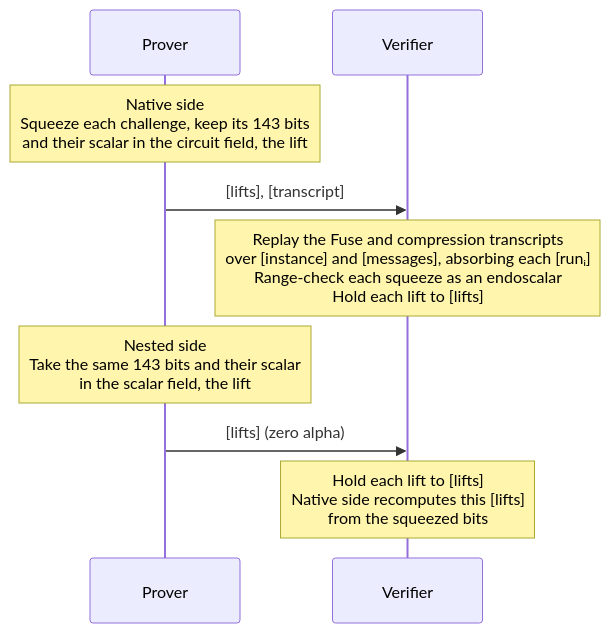
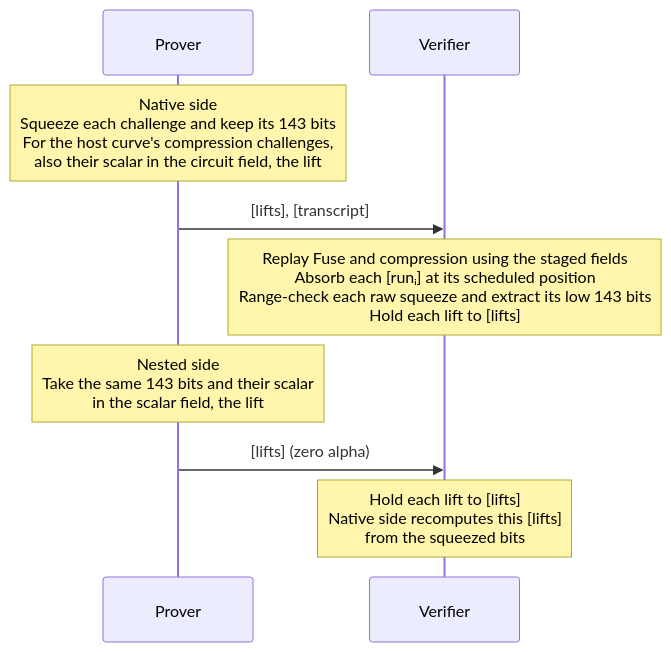
One commit to tachyon-zcash/ragu changed the second of 4 diagrams in book/src/protocol/recursion/decompression.md. Above: the diagram before and after it, drawn with Mermaid. The commit also changed other lines of this file and 1 other file, not shown here.

First line of the commit message:
book: match compression and decompression to the code

````diff
--- a/book/src/protocol/recursion/decompression.md
+++ b/book/src/protocol/recursion/decompression.md
@@ -54,11 +75,11 @@
 ```mermaid
 sequenceDiagram
     participant P as Prover
     participant V as Verifier
-    Note over P: Native side<br/>Squeeze each challenge, keep its 143 bits<br/>and their scalar in the circuit field, the lift
+    Note over P: Native side<br/>Squeeze each challenge and keep its 143 bits<br/>For the host curve's compression challenges,<br/>also their scalar in the circuit field, the lift
     P->>V: [lifts], [transcript]
-    Note over V: Replay the Fuse and compression transcripts<br/>over [instance] and [messages], absorbing each [runᵢ]<br/>Range-check each squeeze as an endoscalar<br/>Hold each lift to [lifts]
+    Note over V: Replay Fuse and compression using the staged fields<br/>Absorb each [runᵢ] at its scheduled position<br/>Range-check each raw squeeze and extract its low 143 bits<br/>Hold each lift to [lifts]
     Note over P: Nested side<br/>Take the same 143 bits and their scalar<br/>in the scalar field, the lift
     P->>V: [lifts] (zero alpha)
     Note over V: Hold each lift to [lifts]<br/>Native side recomputes this [lifts]<br/>from the squeezed bits
 ```
````
